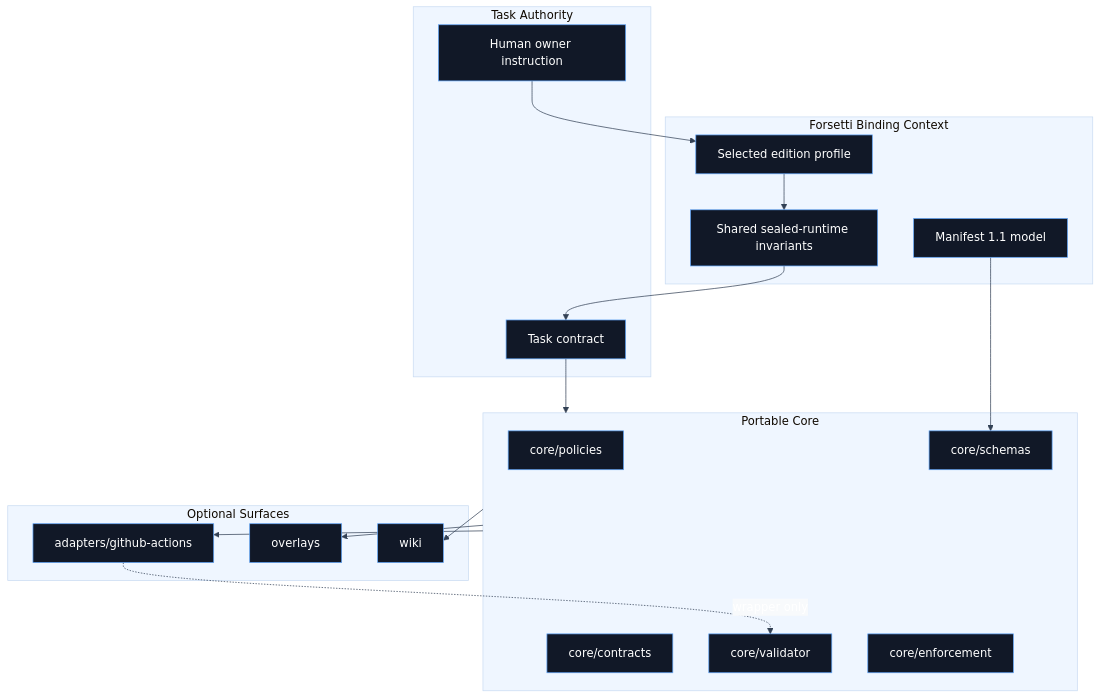
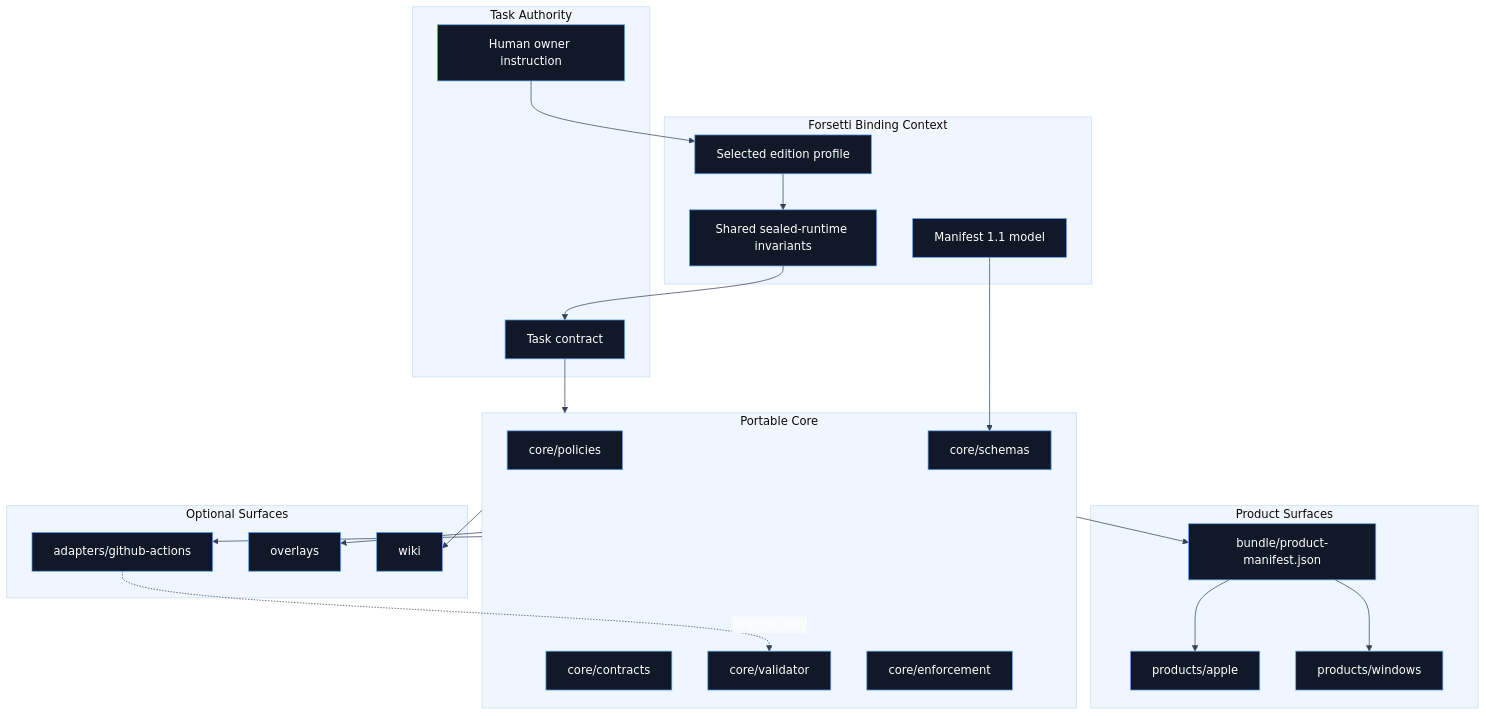
One commit to flynn33/forsetti-agentic-edition changed the first of 2 diagrams in wiki/Overview.md. Above: the diagram before and after it, drawn with Mermaid. The commit also changed other lines of this file and 7 other files, not shown here.

````diff
--- a/wiki/Overview.md
+++ b/wiki/Overview.md
@@ -12,35 +12,44 @@
 ```mermaid
 %%{init: {"theme":"base","themeVariables":{"primaryColor":"#111827","primaryTextColor":"#ffffff","primaryBorderColor":"#60a5fa","lineColor":"#334155","secondaryColor":"#f8fafc","tertiaryColor":"#eff6ff"}}}%%
 flowchart TB
     subgraph Owner["Task Authority"]
         H["Human owner instruction"]
         T["Task contract"]
     end
 
     subgraph Profiles["Forsetti Binding Context"]
         P["Selected edition profile"]
         S["Shared sealed-runtime invariants"]
         M["Manifest 1.1 model"]
     end
 
     subgraph Core["Portable Core"]
         C1["core/policies"]
         C2["core/schemas"]
         C3["core/contracts"]
         C4["core/validator"]
         C5["core/enforcement"]
     end
 
     subgraph Optional["Optional Surfaces"]
         A["adapters/github-actions"]
         O["overlays"]
         W["wiki"]
     end
 
+    subgraph Product["Product Surfaces"]
+        B["bundle/product-manifest.json"]
+        PA["products/apple"]
+        PW["products/windows"]
+    end
+
     H --> P --> S --> T --> Core
     M --> C2
     Core --> A
     Core --> O
     Core --> W
+    Core --> B
+    B --> PA
+    B --> PW
     A -. wrapper only .-> C4
 ```
````
